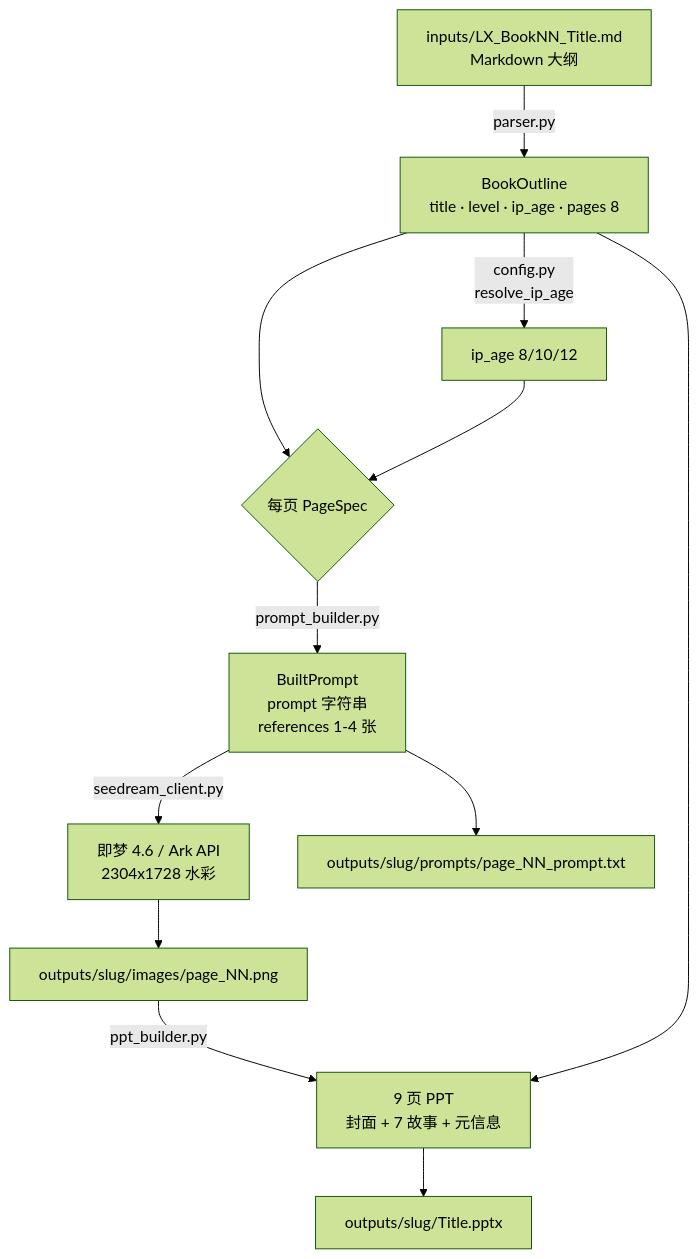
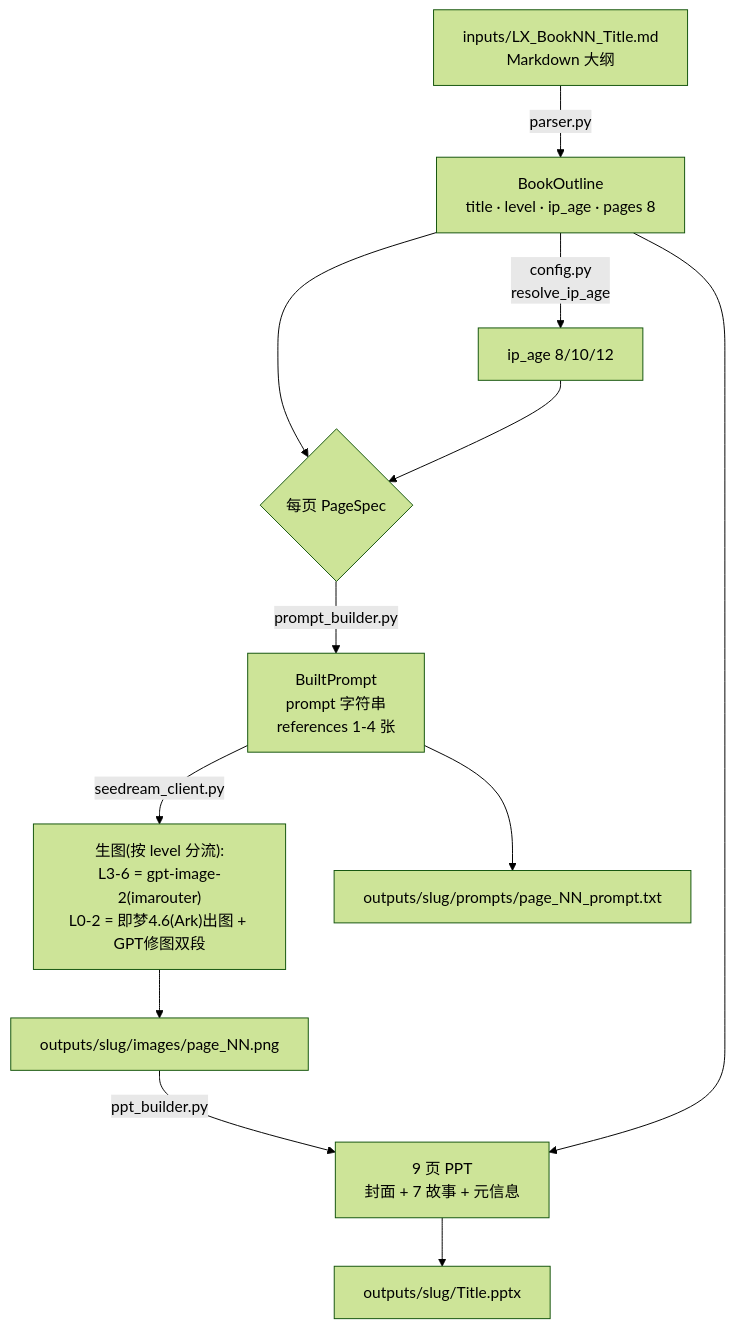
The first of 5 diagrams in PIPELINE.md (binh99xnhobov1xg7-create/picturebook-auto), drawn with Mermaid (forest theme) before and after one commit. The commit also changed other lines of this file and 25 other files, not shown here.

````diff
--- a/PIPELINE.md
+++ b/PIPELINE.md
@@ -8,14 +8,14 @@
 ```mermaid
 flowchart TD
     A[inputs/LX_BookNN_Title.md<br/>Markdown 大纲] -->|parser.py| B[BookOutline<br/>title · level · ip_age · pages 8]
     B -->|config.py<br/>resolve_ip_age| C[ip_age 8/10/12]
     B --> D{每页 PageSpec}
     C --> D
     D -->|prompt_builder.py| E[BuiltPrompt<br/>prompt 字符串<br/>references 1-4 张]
-    E -->|seedream_client.py| F[即梦 4.6 / Ark API<br/>2304x1728 水彩]
+    E -->|seedream_client.py| F["生图(按 level 分流):<br/>L3-6 = gpt-image-2(imarouter)<br/>L0-2 = 即梦4.6(Ark)出图 + GPT修图双段"]
     F --> G[outputs/slug/images/page_NN.png]
     E --> H[outputs/slug/prompts/page_NN_prompt.txt]
     G -->|ppt_builder.py| I[9 页 PPT<br/>封面 + 7 故事 + 元信息]
     I --> J[outputs/slug/Title.pptx]
     B --> I
 ```
````
